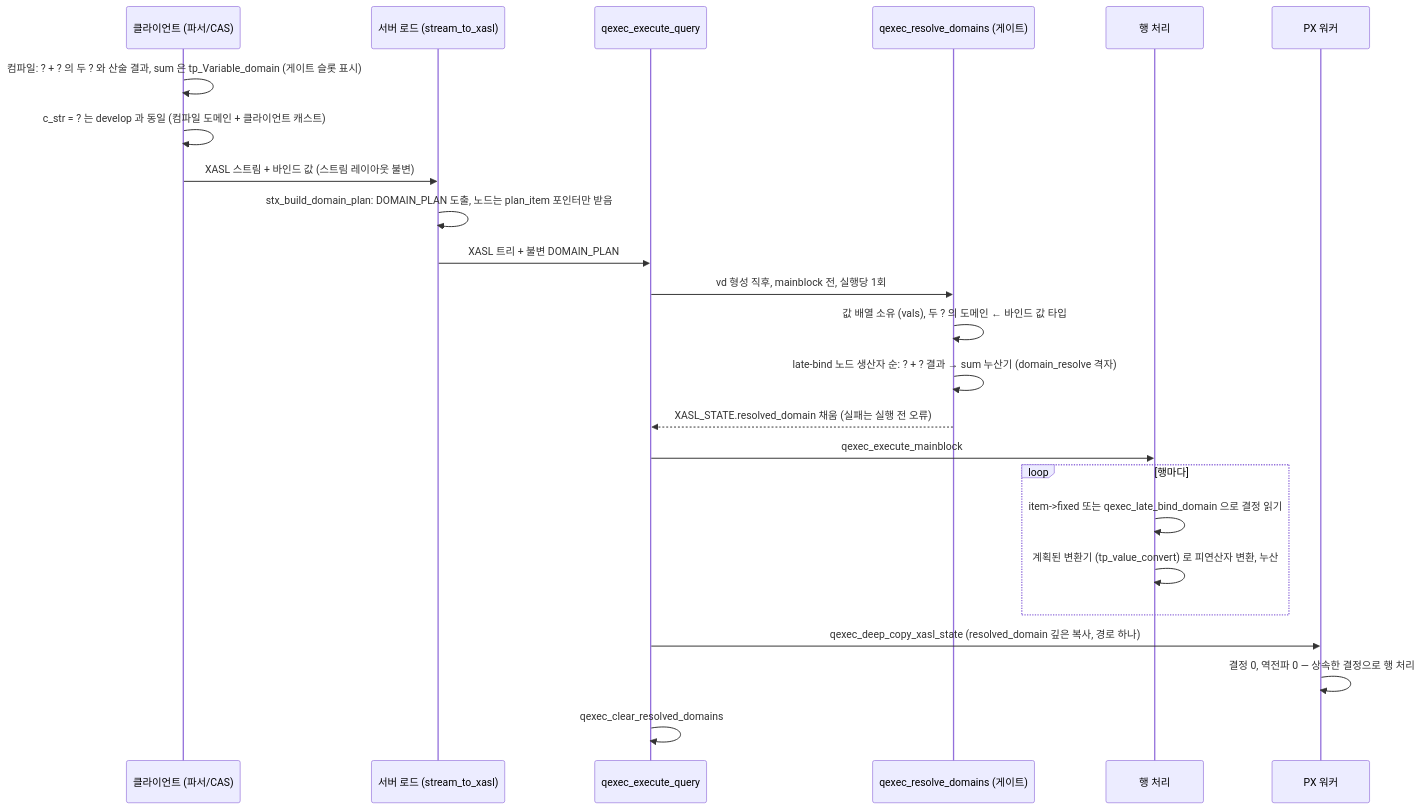
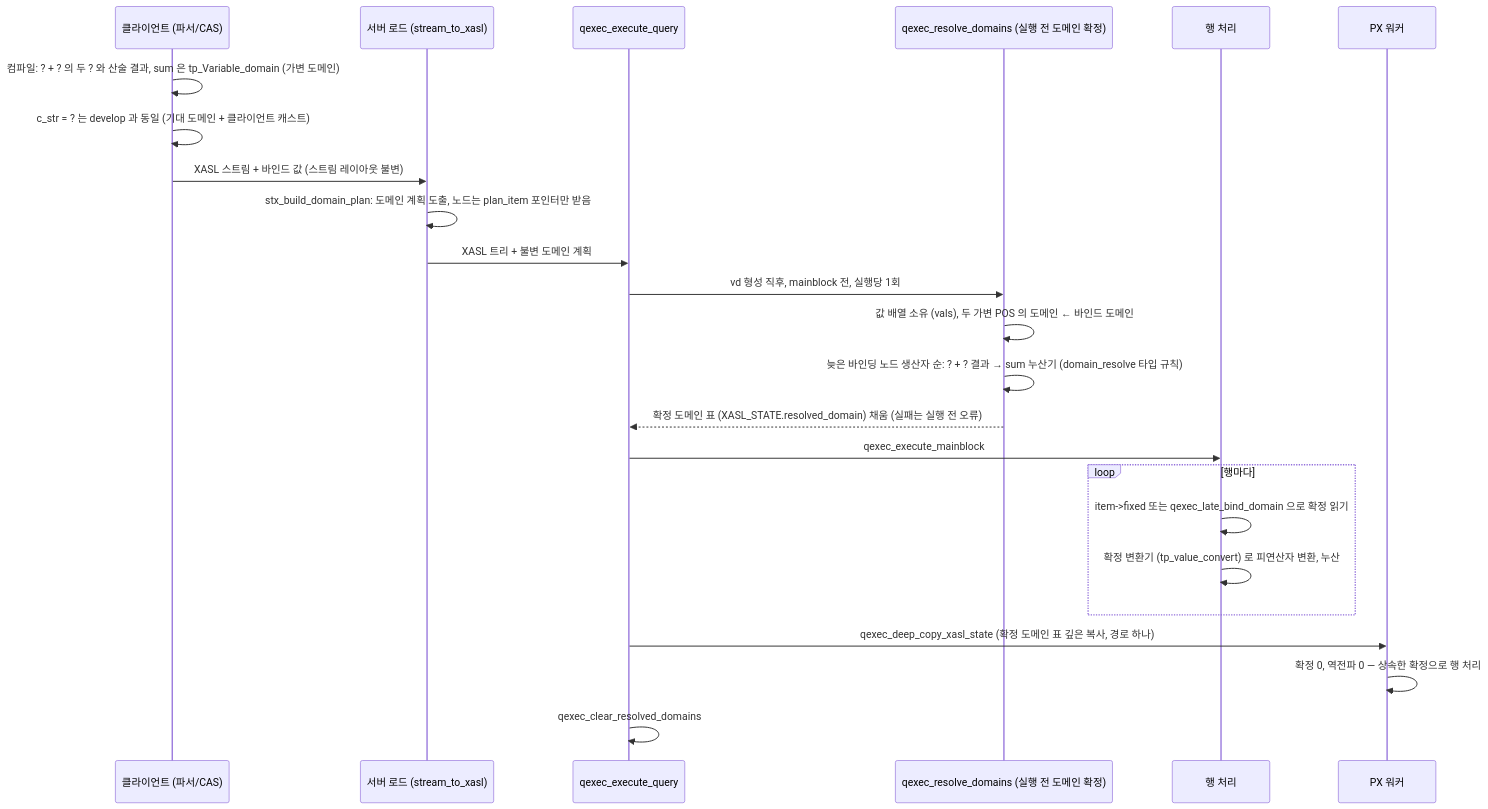
The fourth of 20 diagrams in docs/research/pr8022-architecture-diagrams.md (xmilex-git/workspace), drawn with Mermaid before and after one commit. The commit also changed other lines of this file, not shown here.

First line of the commit message:
docs: PR 8022 diagrams in the CONTEXT.md vocabulary

````diff
--- a/docs/research/pr8022-architecture-diagrams.md
+++ b/docs/research/pr8022-architecture-diagrams.md
@@ -101,26 +101,26 @@
 ```mermaid
 sequenceDiagram
   participant CL as 클라이언트 (파서/CAS)
   participant LD as 서버 로드 (stream_to_xasl)
   participant EX as qexec_execute_query
-  participant G as qexec_resolve_domains (게이트)
+  participant G as qexec_resolve_domains (실행 전 도메인 확정)
   participant ROW as 행 처리
   participant PX as PX 워커
-  CL->>CL: 컴파일: ? + ? 의 두 ? 와 산술 결과, sum 은 tp_Variable_domain (게이트 슬롯 표시)
-  CL->>CL: c_str = ? 는 develop 과 동일 (컴파일 도메인 + 클라이언트 캐스트)
+  CL->>CL: 컴파일: ? + ? 의 두 ? 와 산술 결과, sum 은 tp_Variable_domain (가변 도메인)
+  CL->>CL: c_str = ? 는 develop 과 동일 (기대 도메인 + 클라이언트 캐스트)
   CL->>LD: XASL 스트림 + 바인드 값 (스트림 레이아웃 불변)
-  LD->>LD: stx_build_domain_plan: DOMAIN_PLAN 도출, 노드는 plan_item 포인터만 받음
-  LD->>EX: XASL 트리 + 불변 DOMAIN_PLAN
+  LD->>LD: stx_build_domain_plan: 도메인 계획 도출, 노드는 plan_item 포인터만 받음
+  LD->>EX: XASL 트리 + 불변 도메인 계획
   EX->>G: vd 형성 직후, mainblock 전, 실행당 1회
-  G->>G: 값 배열 소유 (vals), 두 ? 의 도메인 ← 바인드 값 타입
-  G->>G: late-bind 노드 생산자 순: ? + ? 결과 → sum 누산기 (domain_resolve 격자)
-  G-->>EX: XASL_STATE.resolved_domain 채움 (실패는 실행 전 오류)
+  G->>G: 값 배열 소유 (vals), 두 가변 POS 의 도메인 ← 바인드 도메인
+  G->>G: 늦은 바인딩 노드 생산자 순: ? + ? 결과 → sum 누산기 (domain_resolve 타입 규칙)
+  G-->>EX: 확정 도메인 표 (XASL_STATE.resolved_domain) 채움 (실패는 실행 전 오류)
   EX->>ROW: qexec_execute_mainblock
   loop 행마다
-    ROW->>ROW: item->fixed 또는 qexec_late_bind_domain 으로 결정 읽기
-    ROW->>ROW: 계획된 변환기 (tp_value_convert) 로 피연산자 변환, 누산
+    ROW->>ROW: item->fixed 또는 qexec_late_bind_domain 으로 확정 읽기
+    ROW->>ROW: 확정 변환기 (tp_value_convert) 로 피연산자 변환, 누산
   end
-  EX->>PX: qexec_deep_copy_xasl_state (resolved_domain 깊은 복사, 경로 하나)
-  PX->>PX: 결정 0, 역전파 0 — 상속한 결정으로 행 처리
+  EX->>PX: qexec_deep_copy_xasl_state (확정 도메인 표 깊은 복사, 경로 하나)
+  PX->>PX: 확정 0, 역전파 0 — 상속한 확정으로 행 처리
   EX->>EX: qexec_clear_resolved_domains
 ```
````
